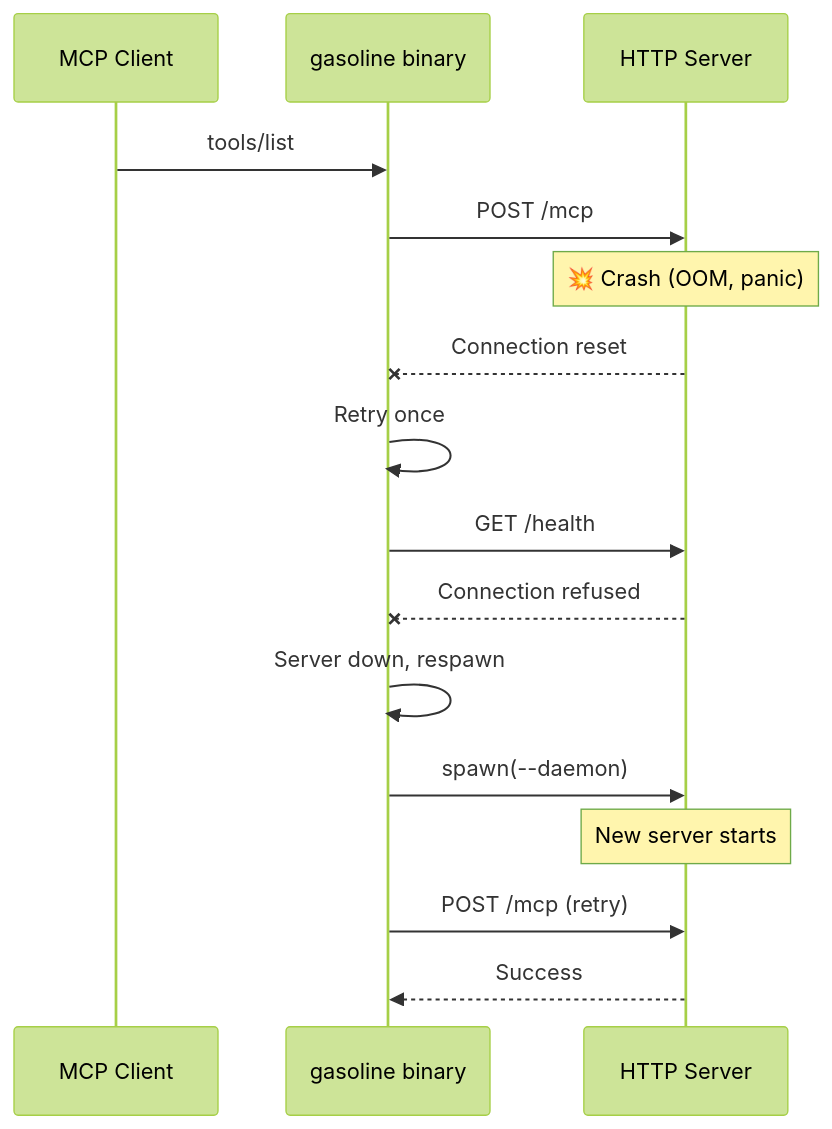
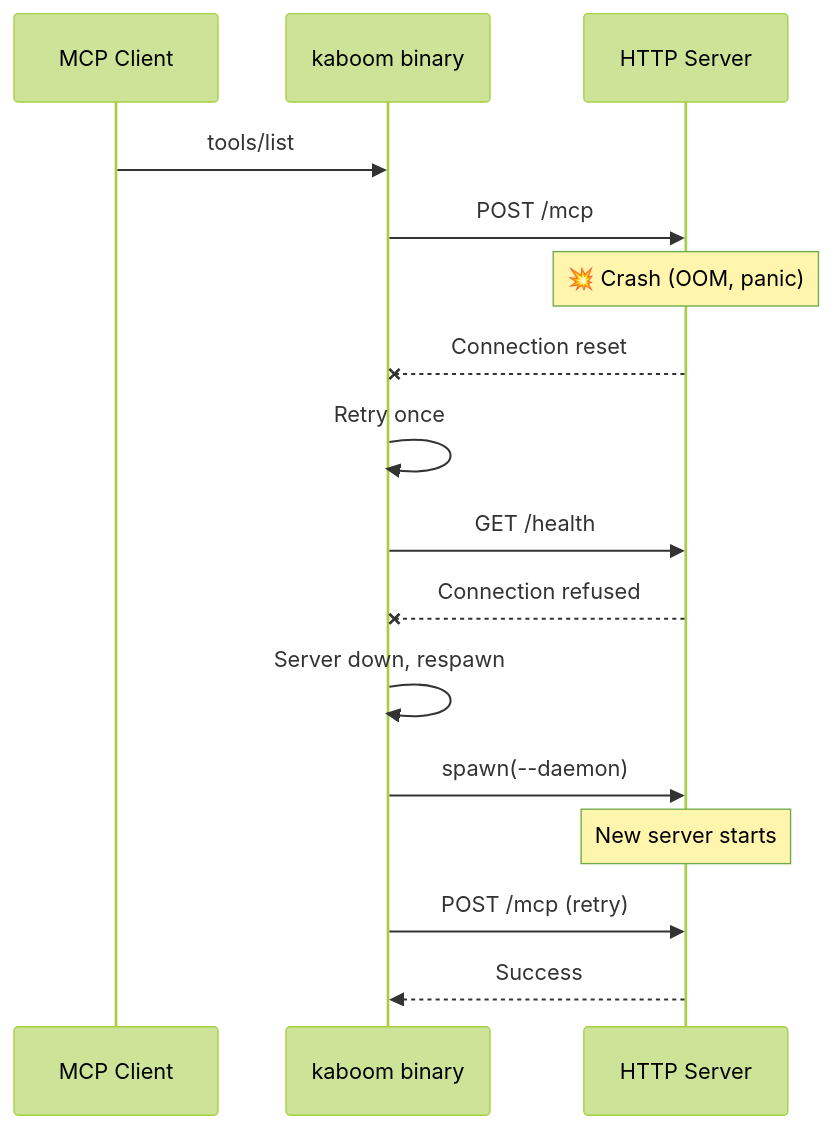
Before and after one commit to brennhill/gasoline-mcp-ai-devtools: the fifth of 17 diagrams in docs/features/mcp-persistent-server/architecture.md, drawn with Mermaid (forest theme). The commit also changed other lines of this file and 1983 other files, not shown here.

````diff
--- a/docs/features/mcp-persistent-server/architecture.md
+++ b/docs/features/mcp-persistent-server/architecture.md
@@ -252,19 +252,19 @@
 ```mermaid
 sequenceDiagram
     participant Client as MCP Client
-    participant Binary as gasoline binary
+    participant Binary as kaboom binary
     participant Server as HTTP Server
 
     Client->>Binary: tools/list
     Binary->>Server: POST /mcp
     Note over Server: 💥 Crash (OOM, panic)
     Server--XBinary: Connection reset
     Binary->>Binary: Retry once
     Binary->>Server: GET /health
     Server--XBinary: Connection refused
     Binary->>Binary: Server down, respawn
     Binary->>Server: spawn(--daemon)
     Note over Server: New server starts
     Binary->>Server: POST /mcp (retry)
     Server-->>Binary: Success
 ```
````
